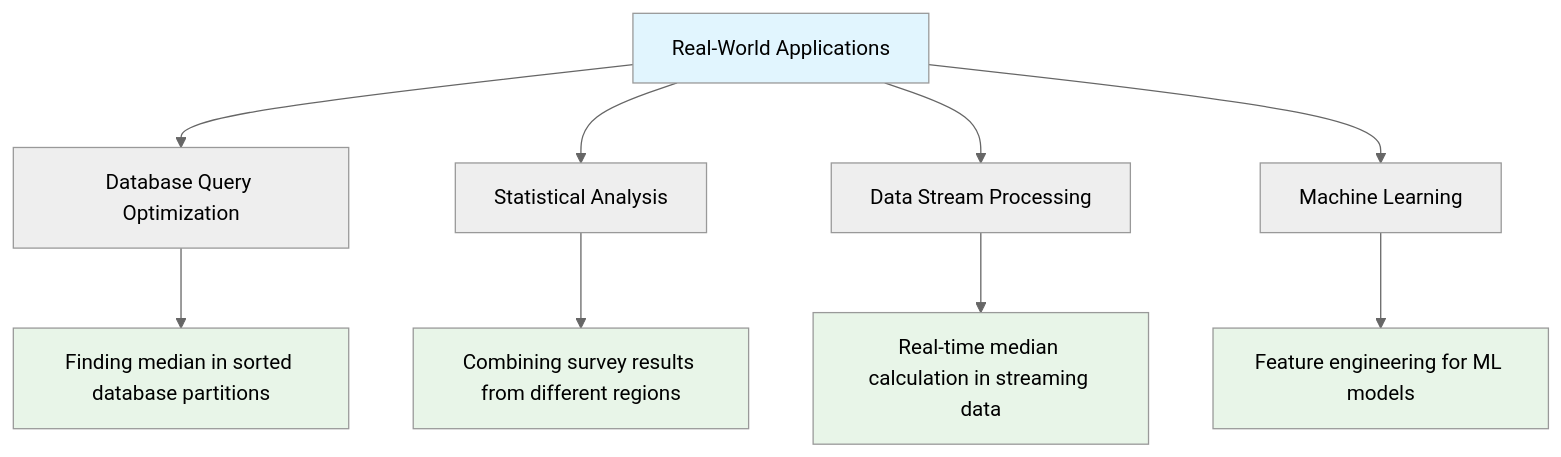
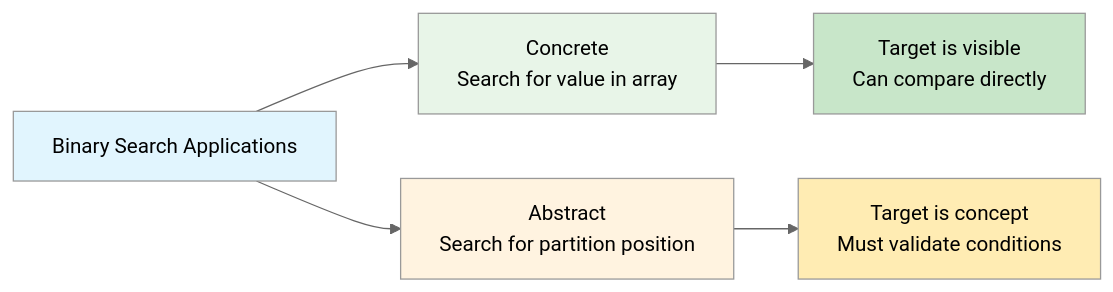
One commit to LuckyLongre123/DSA_CPP changed diagram 14 of 25 in Day_043/README.md. Above: the diagram before and after it, drawn with Mermaid (neutral theme). The commit also changed other lines of this file and 10 other files, not shown here.

````diff
--- a/Day_043/README.md
+++ b/Day_043/README.md
@@ -400,18 +743,14 @@
 ```mermaid
-graph TD
-    A[Real-World Applications] --> B[Database Query Optimization]
-    A --> C[Statistical Analysis]
-    A --> D[Data Stream Processing]
-    A --> E[Machine Learning]
+flowchart LR
+    A["Binary Search Applications"] --> B["Concrete<br/>Search for value in array"]
+    A --> C["Abstract<br/>Search for partition position"]
     
-    B --> B1[Finding median in sorted database partitions]
-    C --> C1[Combining survey results from different regions]
-    D --> D1[Real-time median calculation in streaming data]
-    E --> E1[Feature engineering for ML models]
+    B --> D["Target is visible<br/>Can compare directly"]
+    C --> E["Target is concept<br/>Must validate conditions"]
     
     style A fill:#e1f5fe
-    style B1 fill:#e8f5e8
-    style C1 fill:#e8f5e8
-    style D1 fill:#e8f5e8
-    style E1 fill:#e8f5e8
+    style B fill:#e8f5e8
+    style C fill:#fff3e0
+    style D fill:#c8e6c9
+    style E fill:#ffecb3
 ```
````
